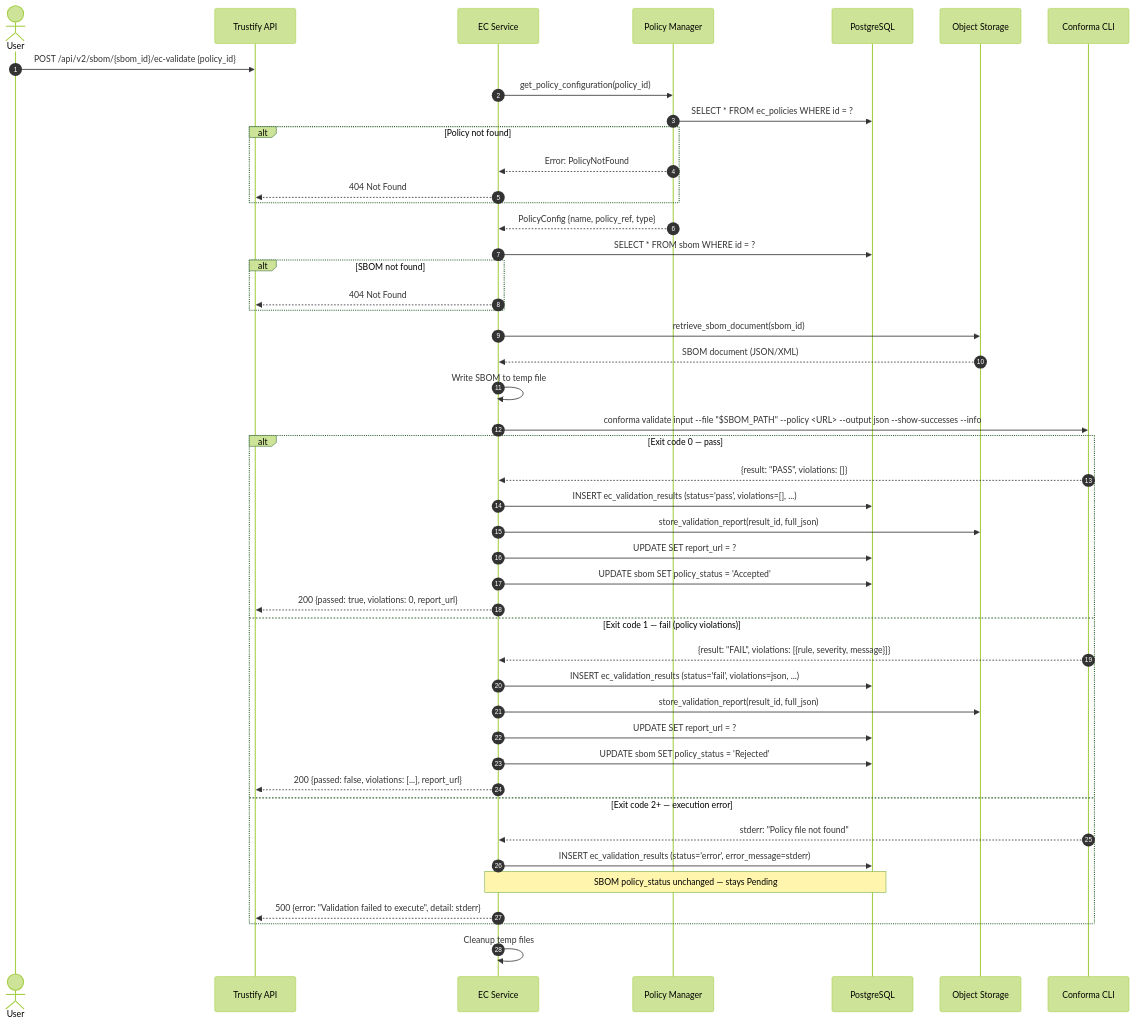
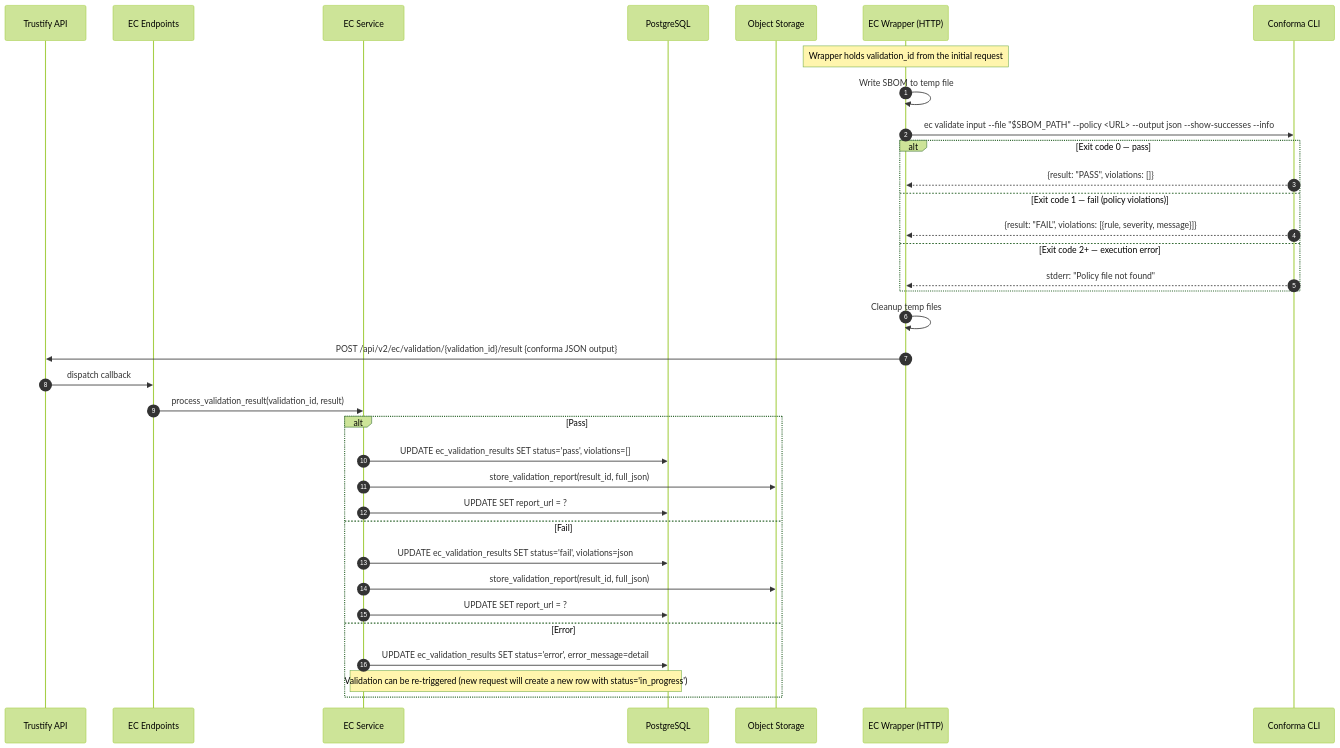
Before and after one commit to gildub/trustify: the fifth of 5 diagrams in docs/adrs/00014-enterprise-contract-integration.md, drawn with Mermaid (forest theme). The commit also changed other lines of this file, not shown here.

Commit message:
Conforma JSON output with HTTP Wrapper feed back

````diff
--- a/docs/adrs/00014-enterprise-contract-integration.md
+++ b/docs/adrs/00014-enterprise-contract-integration.md
@@ -209,54 +265,42 @@
 ```mermaid
 sequenceDiagram
     autonumber
-    actor User
     participant API as Trustify API
+    participant EP as EC Endpoints
     participant VS as EC Service
-    participant PM as Policy Manager
     participant DB as PostgreSQL
     participant S3 as Object Storage
+    participant Wrapper as EC Wrapper (HTTP)
     participant Conf as Conforma CLI
 
-    User->>API: POST /api/v2/sbom/{sbom_id}/ec-validate {policy_id}
+    Note over Wrapper: Wrapper holds validation_id from the initial request
 
-    VS->>PM: get_policy_configuration(policy_id)
-    PM->>DB: SELECT * FROM ec_policies WHERE id = ?
-    alt Policy not found
-        PM-->>VS: Error: PolicyNotFound
-        VS-->>API: 404 Not Found
-    end
-    PM-->>VS: PolicyConfig {name, policy_ref, type}
-
-    VS->>DB: SELECT * FROM sbom WHERE id = ?
-    alt SBOM not found
-        VS-->>API: 404 Not Found
-    end
-    VS->>S3: retrieve_sbom_document(sbom_id)
-    S3-->>VS: SBOM document (JSON/XML)
-
-    VS->>VS: Write SBOM to temp file
-    VS->>Conf: conforma validate input --file "$SBOM_PATH" --policy <URL> --output json --show-successes --info
+    Wrapper->>Wrapper: Write SBOM to temp file
+    Wrapper->>Conf: ec validate input --file "$SBOM_PATH" --policy <URL> --output json --show-successes --info
 
     alt Exit code 0 — pass
-        Conf-->>VS: {result: "PASS", violations: []}
-        VS->>DB: INSERT ec_validation_results (status='pass', violations=[], ...)
+        Conf-->>Wrapper: {result: "PASS", violations: []}
+    else Exit code 1 — fail (policy violations)
+        Conf-->>Wrapper: {result: "FAIL", violations: [{rule, severity, message}]}
+    else Exit code 2+ — execution error
+        Conf-->>Wrapper: stderr: "Policy file not found"
+    end
+
+    Wrapper->>Wrapper: Cleanup temp files
+    Wrapper->>API: POST /api/v2/ec/validation/{validation_id}/result {conforma JSON output}
+    API->>EP: dispatch callback
+    EP->>VS: process_validation_result(validation_id, result)
+
+    alt Pass
+        VS->>DB: UPDATE ec_validation_results SET status='pass', violations=[]
         VS->>S3: store_validation_report(result_id, full_json)
         VS->>DB: UPDATE SET report_url = ?
-        VS->>DB: UPDATE sbom SET policy_status = 'Accepted'
-        VS-->>API: 200 {passed: true, violations: 0, report_url}
-    else Exit code 1 — fail (policy violations)
-        Conf-->>VS: {result: "FAIL", violations: [{rule, severity, message}]}
-        VS->>DB: INSERT ec_validation_results (status='fail', violations=json, ...)
+    else Fail
+        VS->>DB: UPDATE ec_validation_results SET status='fail', violations=json
         VS->>S3: store_validation_report(result_id, full_json)
         VS->>DB: UPDATE SET report_url = ?
-        VS->>DB: UPDATE sbom SET policy_status = 'Rejected'
-        VS-->>API: 200 {passed: false, violations: [...], report_url}
-    else Exit code 2+ — execution error
-        Conf-->>VS: stderr: "Policy file not found"
-        VS->>DB: INSERT ec_validation_results (status='error', error_message=stderr)
-        Note over VS,DB: SBOM policy_status unchanged — stays Pending
-        VS-->>API: 500 {error: "Validation failed to execute", detail: stderr}
+    else Error
+        VS->>DB: UPDATE ec_validation_results SET status='error', error_message=detail
+        Note over VS,DB: Validation can be re-triggered (new request will create a new row with status='in_progress')
     end
-
-    VS->>VS: Cleanup temp files
 ```
````
